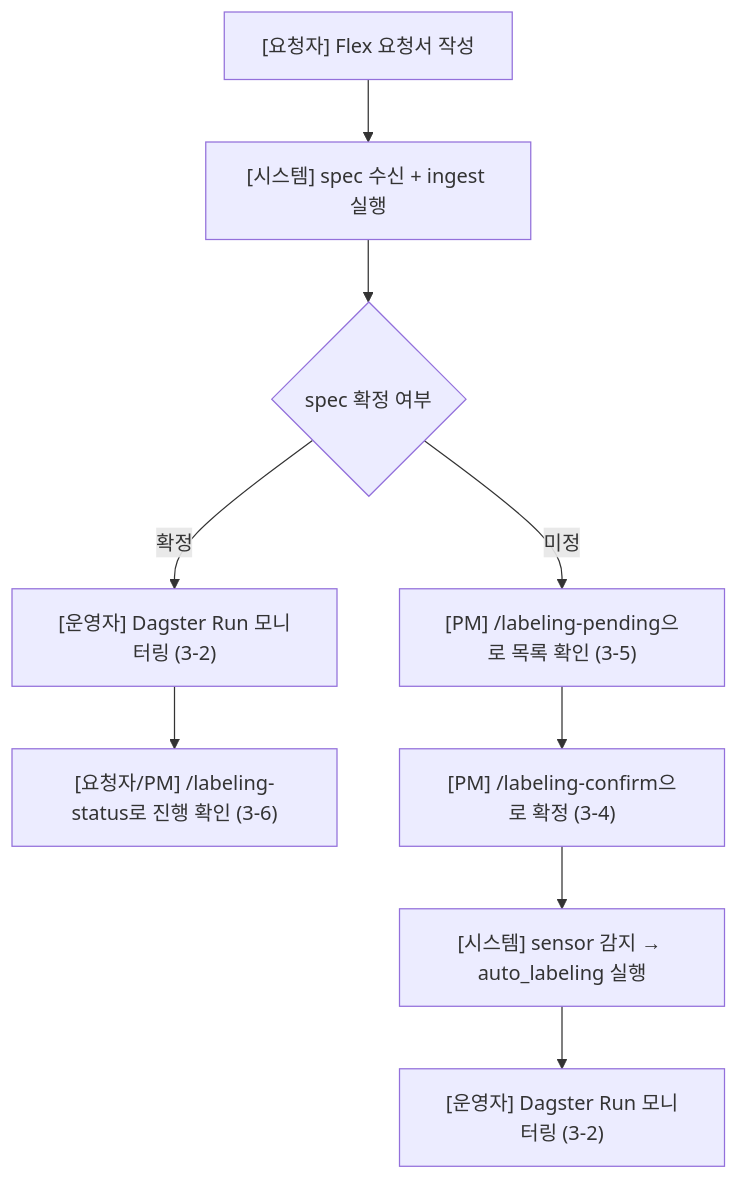
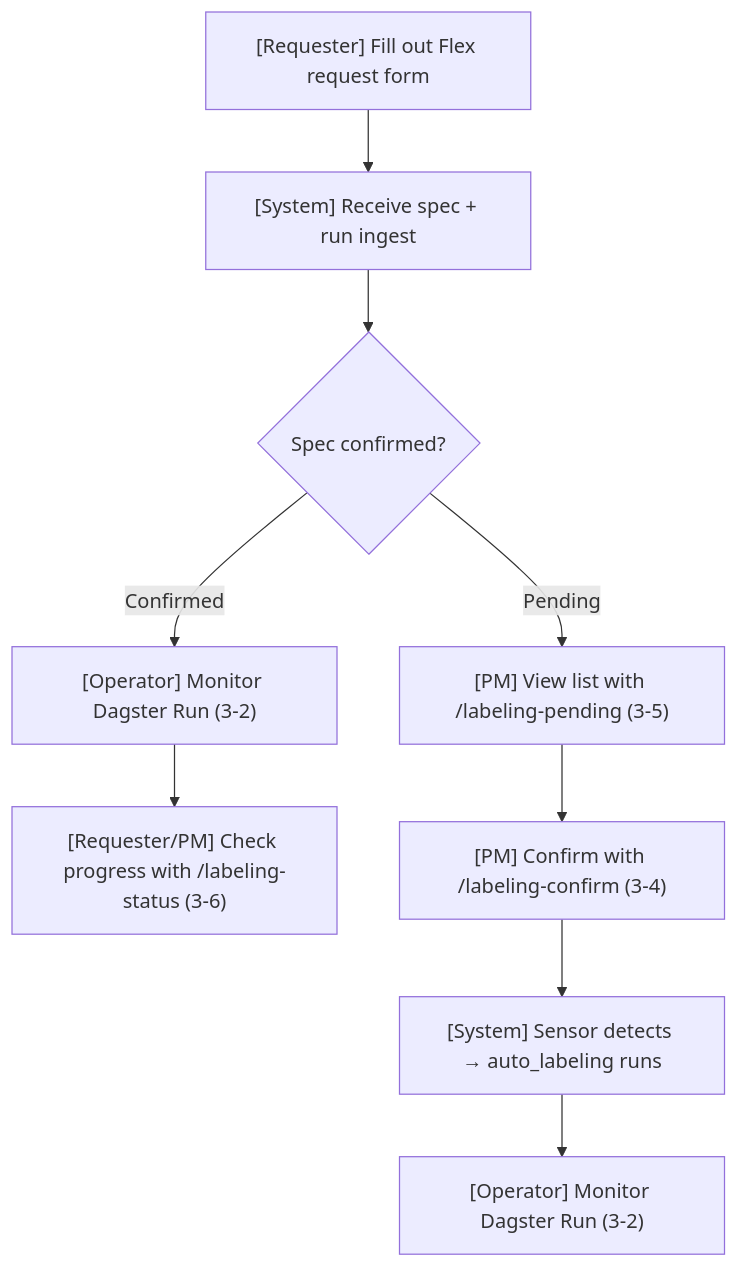
One commit to Orderlee/pipeline changed the second of 2 diagrams in docs/logic/Auto_Labeling_화면_명세서.md. Above: the diagram before and after it, drawn with Mermaid. The commit also changed other lines of this file and 128 other files, not shown here.

````diff
--- a/docs/logic/Auto_Labeling_화면_명세서.md
+++ b/docs/logic/Auto_Labeling_화면_명세서.md
@@ -358,13 +358,13 @@
 ```mermaid
 flowchart TD
-    A["[요청자] Flex 요청서 작성"] --> B["[시스템] spec 수신 + ingest 실행"]
-    B --> C{"spec 확정 여부"}
+    A["[Requester] Fill out Flex request form"] --> B["[System] Receive spec + run ingest"]
+    B --> C{"Spec confirmed?"}
 
-    C -->|확정| D["[운영자] Dagster Run 모니터링 (3-2)"]
-    D --> E["[요청자/PM] /labeling-status로 진행 확인 (3-6)"]
+    C -->|Confirmed| D["[Operator] Monitor Dagster Run (3-2)"]
+    D --> E["[Requester/PM] Check progress with /labeling-status (3-6)"]
 
-    C -->|미정| F["[PM] /labeling-pending으로 목록 확인 (3-5)"]
-    F --> G["[PM] /labeling-confirm으로 확정 (3-4)"]
-    G --> H["[시스템] sensor 감지 → auto_labeling 실행"]
-    H --> I["[운영자] Dagster Run 모니터링 (3-2)"]
+    C -->|Pending| F["[PM] View list with /labeling-pending (3-5)"]
+    F --> G["[PM] Confirm with /labeling-confirm (3-4)"]
+    G --> H["[System] Sensor detects → auto_labeling runs"]
+    H --> I["[Operator] Monitor Dagster Run (3-2)"]
 ```
````
